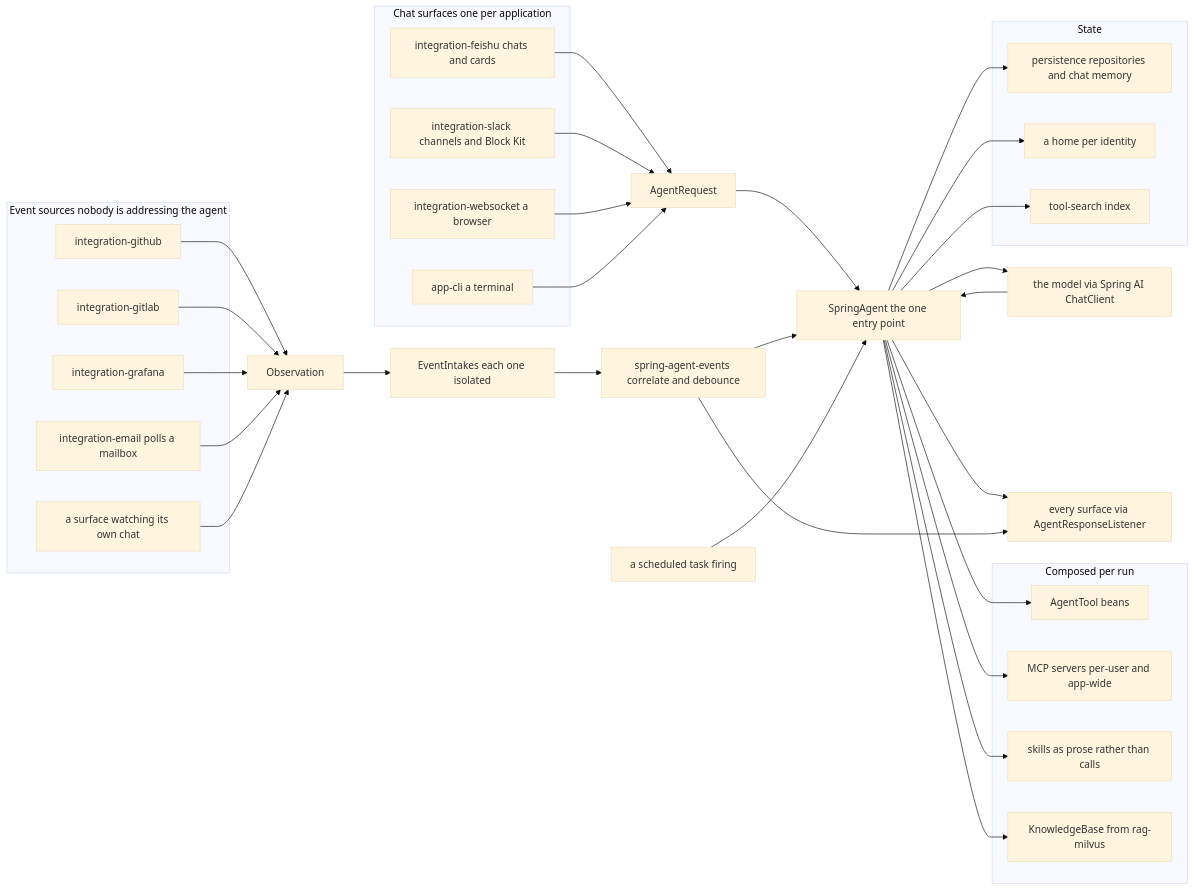
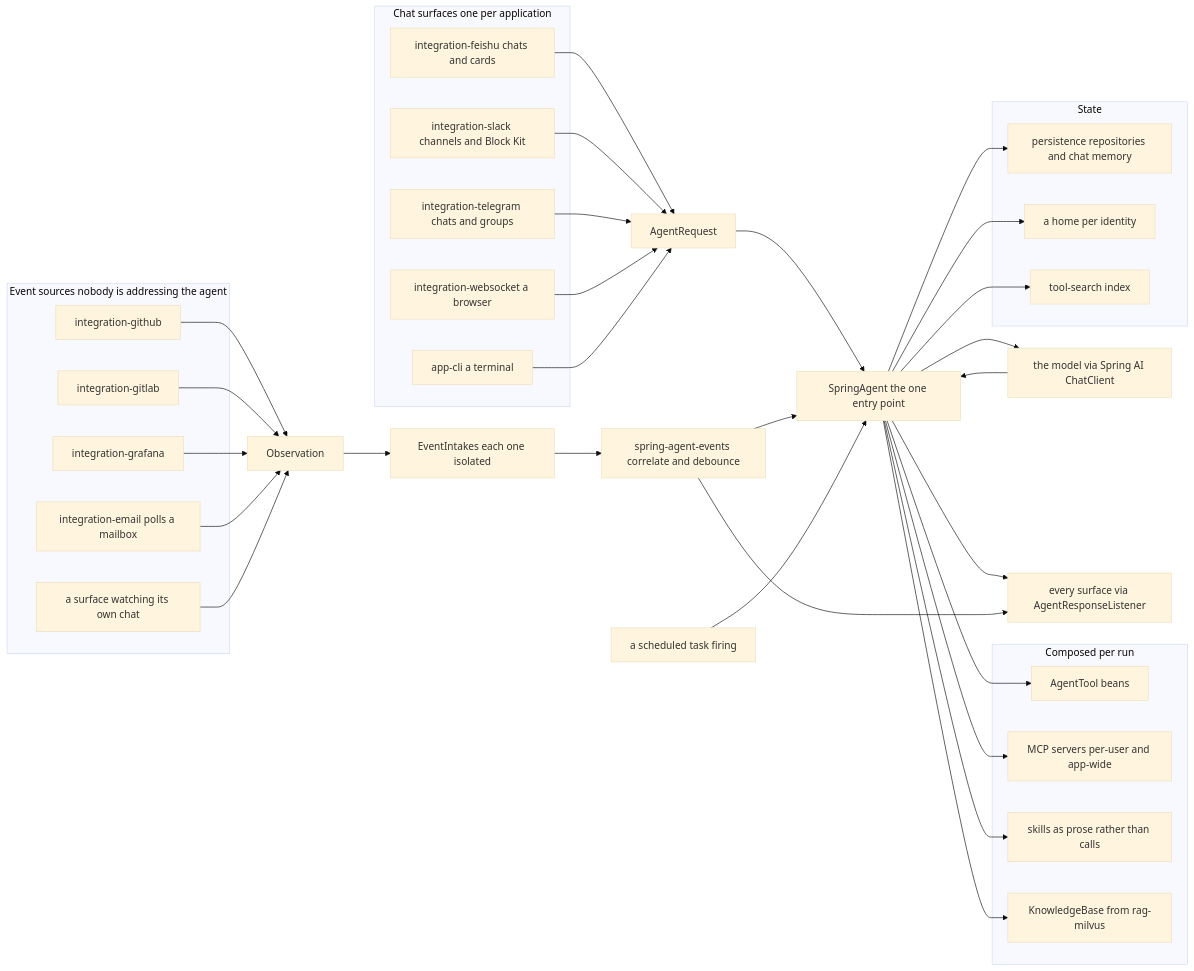
The first of 7 diagrams in docs/architecture.md (kezhenxu94/spring-agent), drawn with Mermaid (base theme) before and after one commit. The commit also changed other lines of this file and 112 other files, not shown here.

Commit message:
feat: let telegram be the agent's surface, by long polling with no sdk and answering only the people and groups it was told to, and open 1.94.0

````diff
--- a/docs/architecture.md
+++ b/docs/architecture.md
@@ -27,67 +27,69 @@
 ```mermaid
 flowchart LR
     subgraph SURFACES[Chat surfaces one per application]
         feishu[integration-feishu chats and cards]
         slack[integration-slack channels and Block Kit]
+        telegram[integration-telegram chats and groups]
         web[integration-websocket a browser]
         cli[app-cli a terminal]
     end
 
     subgraph SOURCES[Event sources nobody is addressing the agent]
         gh[integration-github]
         gl[integration-gitlab]
         graf[integration-grafana]
         mail[integration-email polls a mailbox]
         chatobs[a surface watching its own chat]
     end
 
     subgraph OFFERED[Composed per run]
         tools[AgentTool beans]
         mcp[MCP servers per-user and app-wide]
         skills[skills as prose rather than calls]
         kb[KnowledgeBase from rag-milvus]
     end
 
     subgraph STATE[State]
         persist[persistence repositories and chat memory]
         homes[a home per identity]
         index[tool-search index]
     end
 
     request[AgentRequest]
     observation[Observation]
     intakes[EventIntakes each one isolated]
     events[spring-agent-events correlate and debounce]
     clock[a scheduled task firing]
     agent[SpringAgent the one entry point]
     model[the model via Spring AI ChatClient]
     listeners[every surface via AgentResponseListener]
 
     feishu --> request
     slack --> request
+    telegram --> request
     web --> request
     cli --> request
     request --> agent
 
     gh --> observation
     gl --> observation
     graf --> observation
     mail --> observation
     chatobs --> observation
     observation --> intakes
     intakes --> events
     events --> agent
     clock --> agent
 
     agent --> model
     model --> agent
     agent --> tools
     agent --> mcp
     agent --> skills
     agent --> kb
     agent --> persist
     agent --> homes
     agent --> index
     agent --> listeners
     events --> listeners
 ```
````
